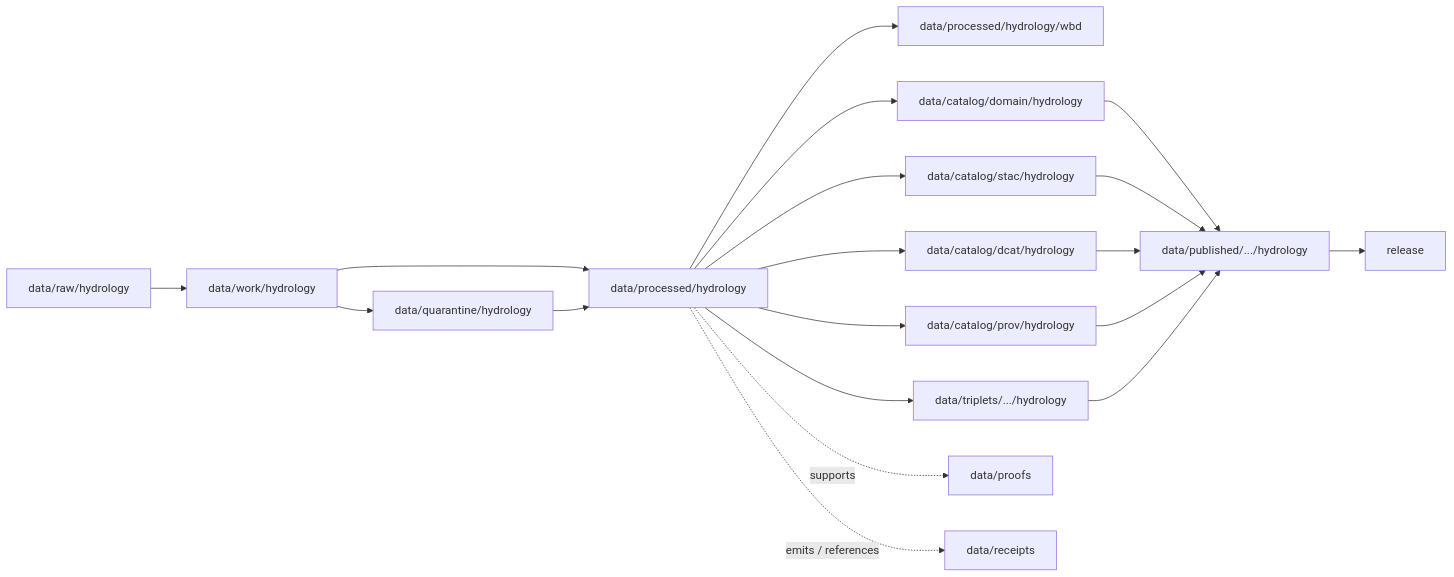
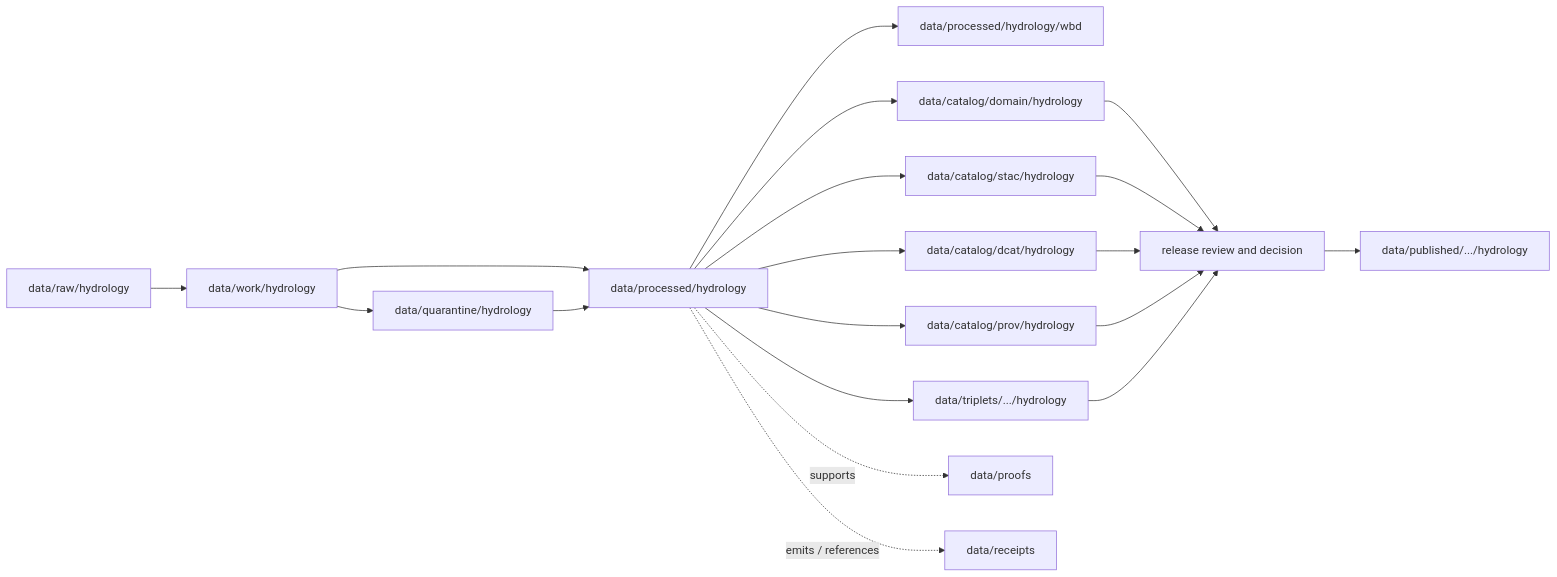
Before and after one commit to bartytime4life/Kansas-Frontier-Matrix: the diagram in data/processed/hydrology/README.md, drawn with Mermaid. The commit also changed other lines of this file and 2 other files, not shown here.

Commit message:
docs: reconcile oldest processed hydrology guides with current repo

````diff
--- a/data/processed/hydrology/README.md
+++ b/data/processed/hydrology/README.md
@@ -110,21 +125,21 @@
 ```mermaid
 flowchart LR
   RAW[data/raw/hydrology] --> WORK[data/work/hydrology]
   WORK --> QUAR[data/quarantine/hydrology]
   WORK --> PROC[data/processed/hydrology]
   QUAR --> PROC
   PROC --> WBD[data/processed/hydrology/wbd]
   PROC --> CAT[data/catalog/domain/hydrology]
   PROC --> STAC[data/catalog/stac/hydrology]
   PROC --> DCAT[data/catalog/dcat/hydrology]
   PROC --> PROV[data/catalog/prov/hydrology]
   PROC --> TRIP[data/triplets/.../hydrology]
   PROC -. supports .-> PROOF[data/proofs]
   PROC -. emits / references .-> RECEIPT[data/receipts]
-  CAT --> PUBLISHED[data/published/.../hydrology]
-  STAC --> PUBLISHED
-  DCAT --> PUBLISHED
-  PROV --> PUBLISHED
-  TRIP --> PUBLISHED
-  PUBLISHED --> REL[release]
+  CAT --> REL[release review and decision]
+  STAC --> REL
+  DCAT --> REL
+  PROV --> REL
+  TRIP --> REL
+  REL --> PUBLISHED[data/published/.../hydrology]
 ```
````
